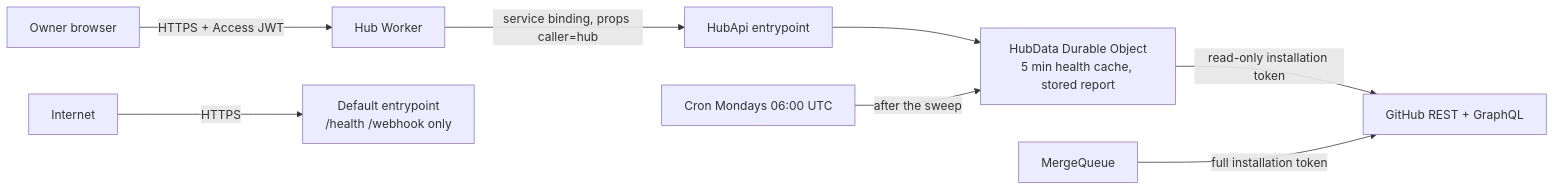
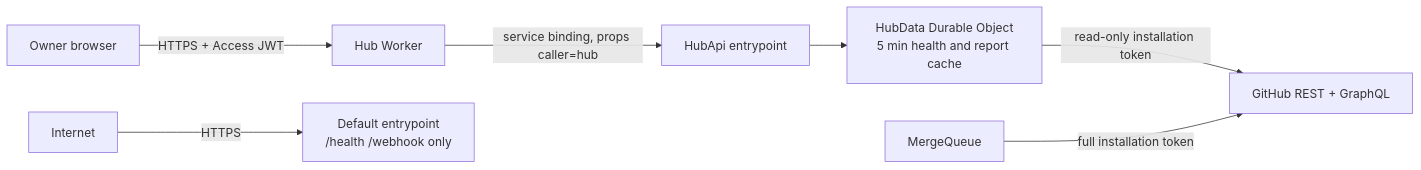
Before and after one commit to Isma-L154/Steward: the diagram in docs/threat-models/2026-10-19-hub-api.md, drawn with Mermaid. The commit also changed other lines of this file and 6 other files, not shown here.

First line of the commit message:
fix: refresh the hub report with health every 5 minutes

````diff
--- a/docs/threat-models/2026-10-19-hub-api.md
+++ b/docs/threat-models/2026-10-19-hub-api.md
@@ -17,10 +17,9 @@
 ```mermaid
 flowchart LR
   owner[Owner browser] -->|HTTPS + Access JWT| hub[Hub Worker]
   hub -->|service binding, props caller=hub| api[HubApi entrypoint]
   internet[Internet] -->|HTTPS| def[Default entrypoint<br/>/health /webhook only]
-  api --> data[HubData Durable Object<br/>5 min health cache, stored report]
-  cron[Cron Mondays 06:00 UTC] -->|after the sweep| data
+  api --> data[HubData Durable Object<br/>5 min health and report cache]
   data -->|read-only installation token| gh[GitHub REST + GraphQL]
   queue[MergeQueue] -->|full installation token| gh
 ```
````
